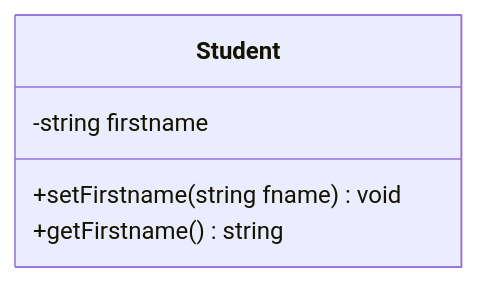
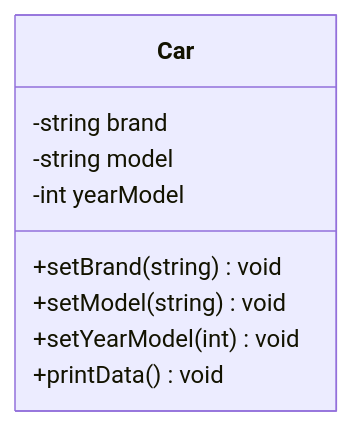
The first of 3 diagrams in h2a/README.md (nikoolio/Olio-ohjelmointi), drawn with Mermaid before and after one commit. The commit also changed other lines of this file, not shown here.

`````diff
--- a/h2a/README.md
+++ b/h2a/README.md
@@ -28,8 +31,12 @@
 ```mermaid
 classDiagram
-    class Student {
-        -string firstname
-        +setFirstname(string fname) void
-        +getFirstname() string
+    class Car {
+        -string brand
+        -string model
+        -int yearModel
+        +setBrand(string) void
+        +setModel(string) void
+        +setYearModel(int) void
+        +printData() void
     }
-````
+```
`````
